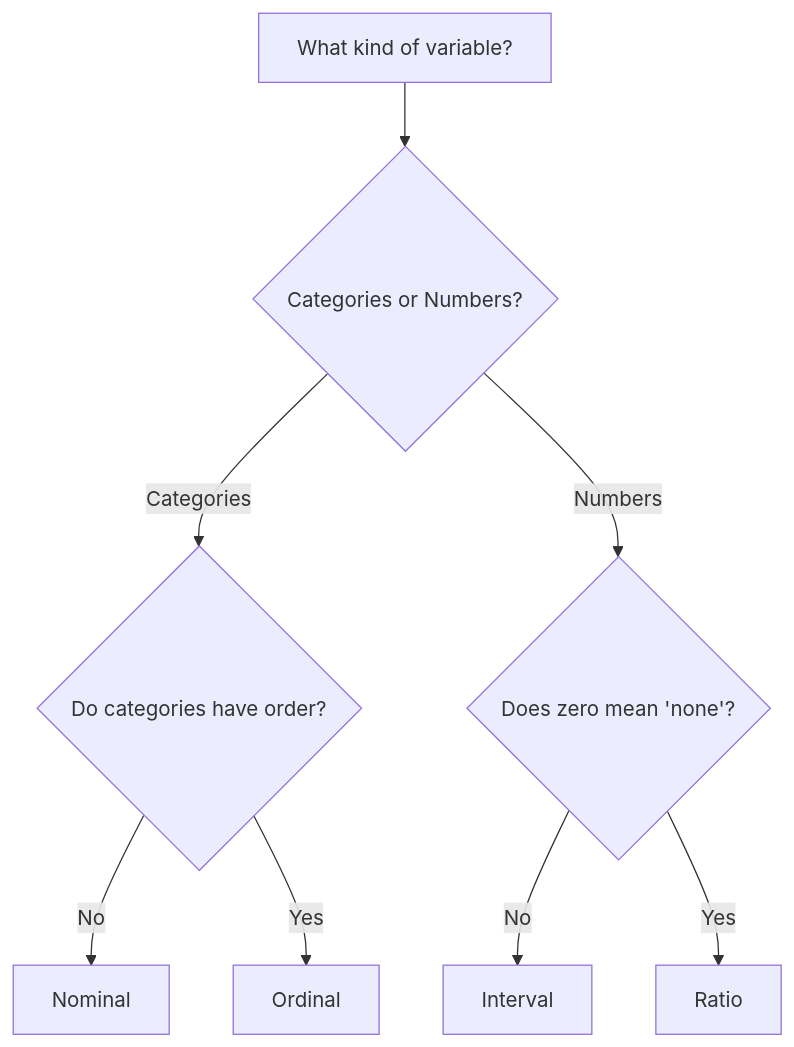
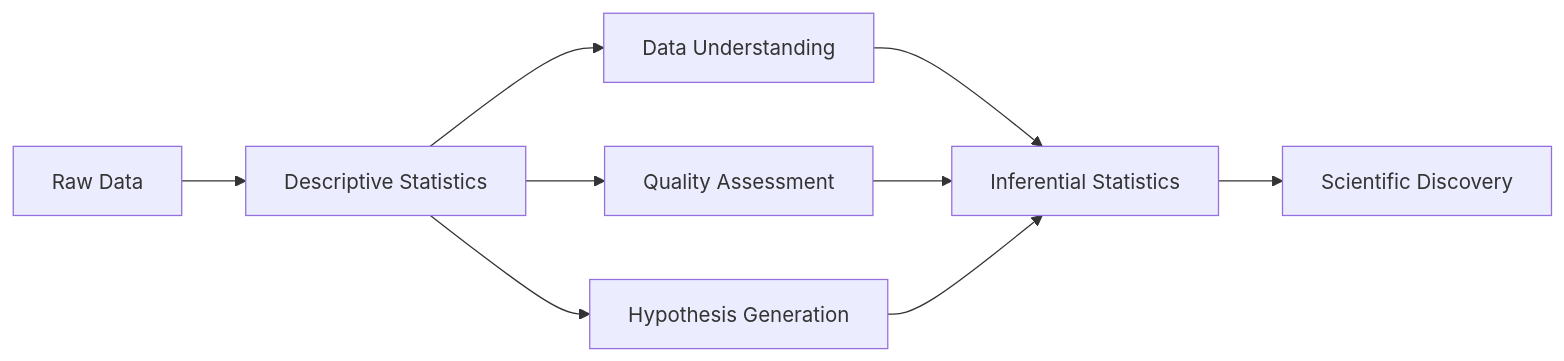
The second of 13 diagrams in 01-descriptive-statistics.md (muhammadsalek/statistics-for-scientists), drawn with Mermaid before and after one commit. The commit also changed other lines of this file, not shown here.

````diff
--- a/01-descriptive-statistics.md
+++ b/01-descriptive-statistics.md
@@ -77,10 +58,11 @@
 ```mermaid
-flowchart TD
-    A[What kind of variable?] --> B{Categories or Numbers?}
-    B -->|Categories| C{Do categories have order?}
-    B -->|Numbers| D{Does zero mean 'none'?}
-    C -->|No| E[Nominal]
-    C -->|Yes| F[Ordinal]
-    D -->|No| G[Interval]
-    D -->|Yes| H[Ratio]
+flowchart LR
+    A[Raw Data] --> B[Descriptive Statistics]
+    B --> C[Data Understanding]
+    B --> D[Quality Assessment]
+    B --> E[Hypothesis Generation]
+    C --> F[Inferential Statistics]
+    D --> F
+    E --> F
+    F --> G[Scientific Discovery]
 ```
````
